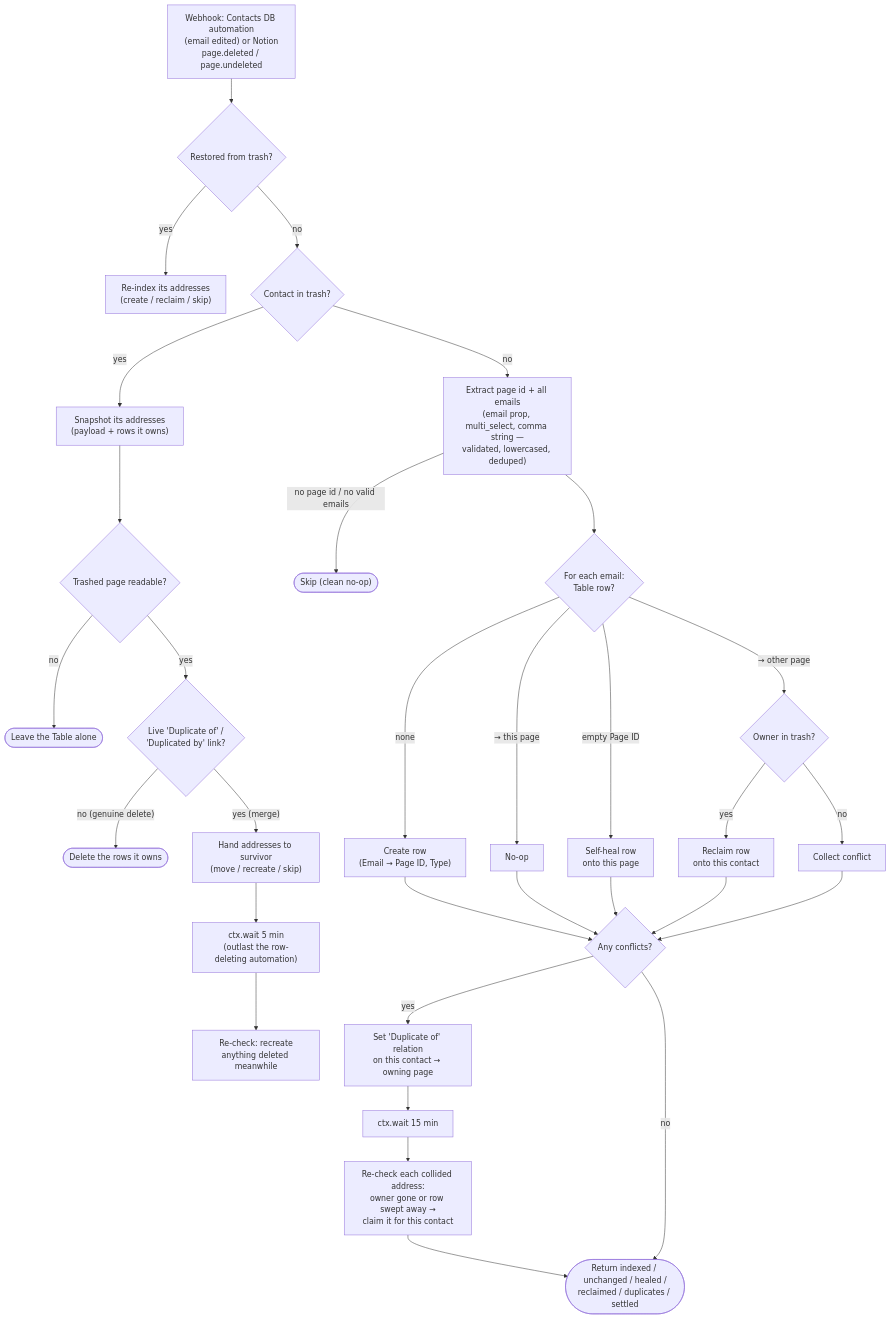
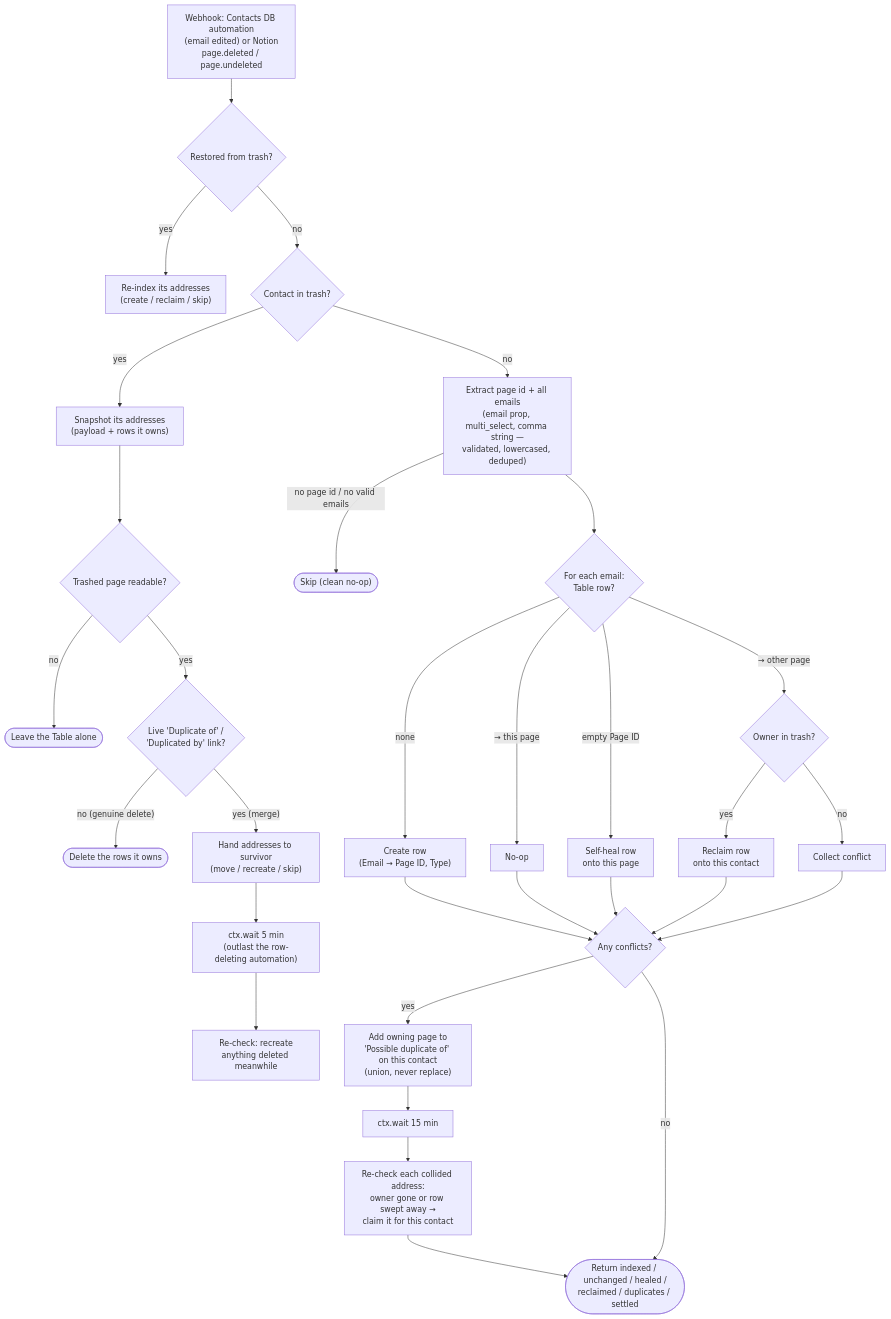
The diagram in contact-emails-to-zapier-table/README.md (work-flowers/zapier-sdk), drawn with Mermaid before and after one commit. The commit also changed other lines of this file and 8 other files, not shown here.

````diff
--- a/contact-emails-to-zapier-table/README.md
+++ b/contact-emails-to-zapier-table/README.md
@@ -59,33 +59,33 @@
 ```mermaid
 flowchart TD
     A["Webhook: Contacts DB automation<br/>(email edited) or Notion<br/>page.deleted / page.undeleted"] --> U{"Restored from trash?"}
     U -- yes --> RS["Re-index its addresses<br/>(create / reclaim / skip)"]
     U -- no --> T{"Contact in trash?"}
     T -- yes --> M1["Snapshot its addresses<br/>(payload + rows it owns)"]
     M1 --> M2{"Trashed page readable?"}
     M2 -- no --> MS(["Leave the Table alone"])
     M2 -- yes --> M2b{"Live 'Duplicate of' /<br/>'Duplicated by' link?"}
     M2b -- "no (genuine delete)" --> MD(["Delete the rows it owns"])
     M2b -- "yes (merge)" --> M3["Hand addresses to survivor<br/>(move / recreate / skip)"]
     M3 --> M4["ctx.wait 5 min<br/>(outlast the row-deleting automation)"]
     M4 --> M5["Re-check: recreate<br/>anything deleted meanwhile"]
     T -- no --> B["Extract page id + all emails<br/>(email prop, multi_select, comma string —<br/>validated, lowercased, deduped)"]
     B -- "no page id / no valid emails" --> S(["Skip (clean no-op)"])
     B --> C{"For each email:<br/>Table row?"}
     C -- none --> D["Create row<br/>(Email → Page ID, Type)"]
     C -- "→ this page" --> E["No-op"]
     C -- "empty Page ID" --> F["Self-heal row<br/>onto this page"]
     C -- "→ other page" --> O{"Owner in trash?"}
     O -- yes --> R["Reclaim row<br/>onto this contact"]
     O -- no --> G["Collect conflict"]
     D --> H
     E --> H
     F --> H
     R --> H
     G --> H{"Any conflicts?"}
-    H -- yes --> I["Set 'Duplicate of' relation<br/>on this contact → owning page"]
+    H -- yes --> I["Add owning page to<br/>'Possible duplicate of' on this contact<br/>(union, never replace)"]
     I --> K["ctx.wait 15 min"]
     K --> L["Re-check each collided address:<br/>owner gone or row swept away →<br/>claim it for this contact"]
     L --> J
     H -- no --> J(["Return indexed / unchanged / healed /<br/>reclaimed / duplicates / settled"])
 ```
````
